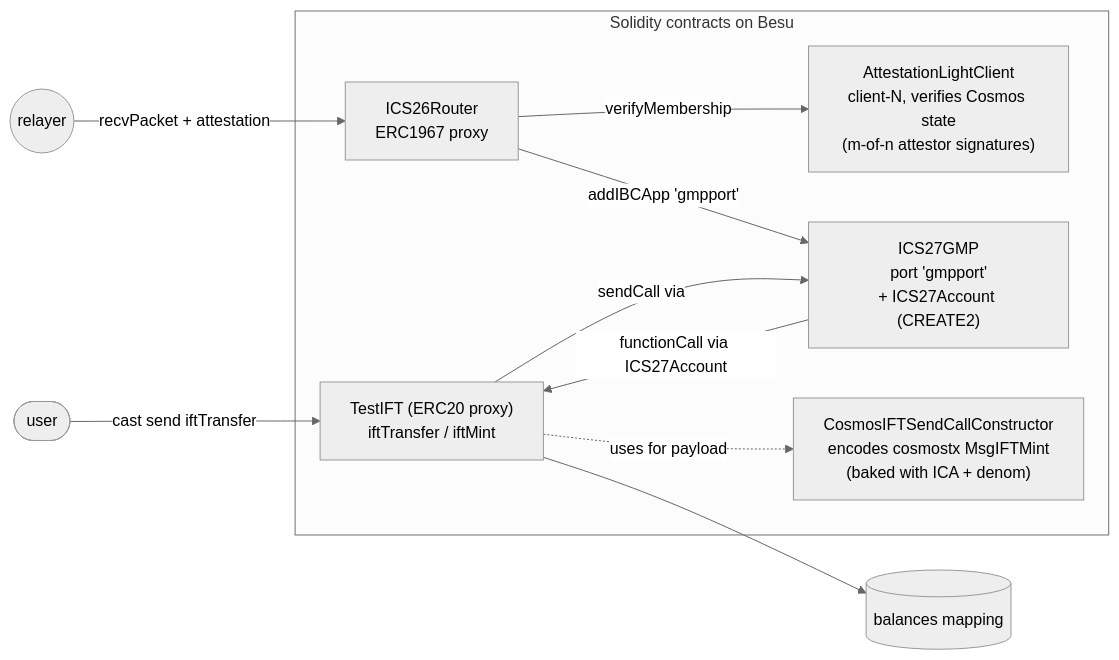
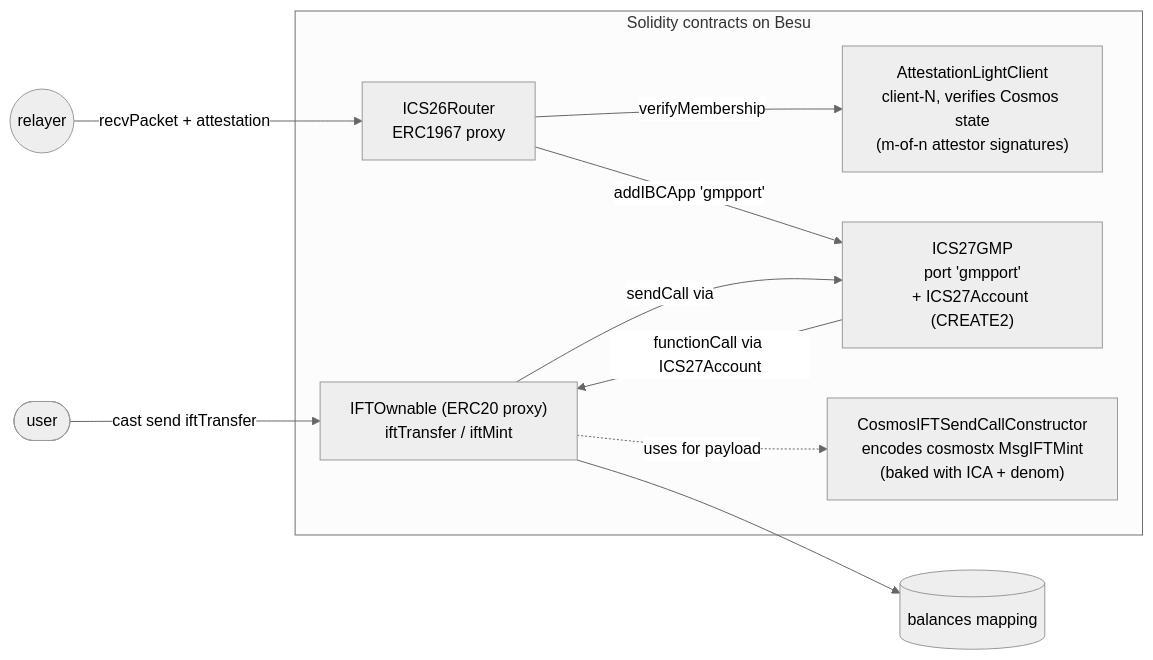
The third of 3 diagrams in demo/cosmos-evm/README.md (cosmos/ibc-e2e-docs-example), drawn with Mermaid (neutral theme) before and after one commit. The commit also changed other lines of this file and 12 other files, not shown here.

````diff
--- a/demo/cosmos-evm/README.md
+++ b/demo/cosmos-evm/README.md
@@ -85,20 +85,20 @@
 ```mermaid
 graph LR
-    User(["user"]) -->|cast send iftTransfer| TestIFT
+    User(["user"]) -->|cast send iftTransfer| IFT
     Relayer(("relayer")) -->|recvPacket + attestation| ICS26
 
     subgraph EVM["Solidity contracts on Besu"]
         ICS26["ICS26Router<br/>ERC1967 proxy"]
         AttLC["AttestationLightClient<br/>client-N, verifies Cosmos state<br/>(m-of-n attestor signatures)"]
         ICS27["ICS27GMP<br/>port 'gmpport'<br/>+ ICS27Account (CREATE2)"]
-        TestIFT["TestIFT (ERC20 proxy)<br/>iftTransfer / iftMint"]
+        IFT["IFTOwnable (ERC20 proxy)<br/>iftTransfer / iftMint"]
         Ctor["CosmosIFTSendCallConstructor<br/>encodes cosmostx MsgIFTMint<br/>(baked with ICA + denom)"]
     end
 
     ICS26 -->|verifyMembership| AttLC
     ICS26 -->|addIBCApp 'gmpport'| ICS27
-    ICS27 -->|functionCall via ICS27Account| TestIFT
-    TestIFT -->|sendCall via| ICS27
-    TestIFT -.->|uses for payload| Ctor
-    TestIFT --> ERC20[("balances mapping")]
+    ICS27 -->|functionCall via ICS27Account| IFT
+    IFT -->|sendCall via| ICS27
+    IFT -.->|uses for payload| Ctor
+    IFT --> ERC20[("balances mapping")]
 ```
````
